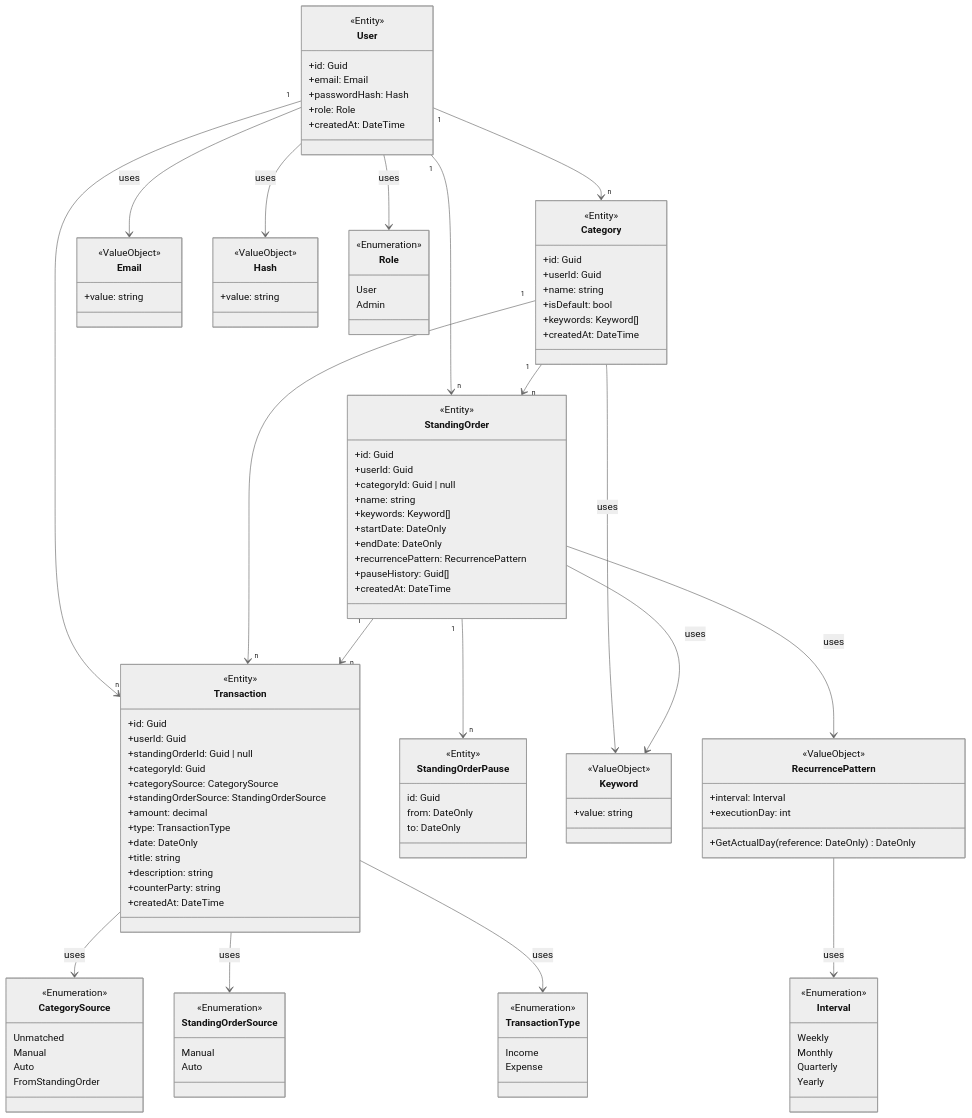
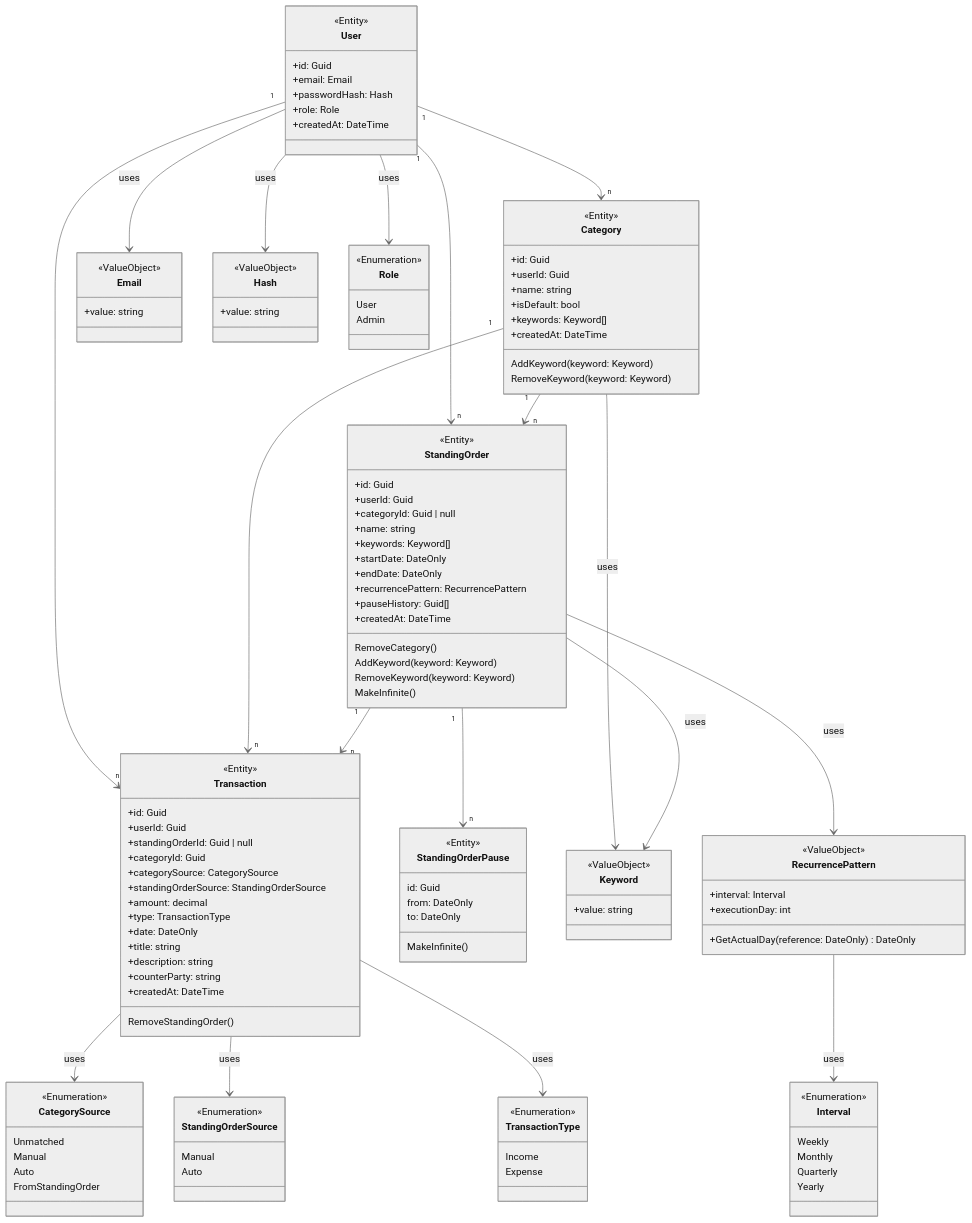
The diagram in docs/backend/Layers/Domain.md (MoritzLue24/Broke-Manager), drawn with Mermaid (neutral theme) before and after one commit. The commit also changed other lines of this file, not shown here.

Commit message:
Added specific methods
Updated Domain.md to include additional methods and clarify user identification and analytics.

```diff
--- a/docs/backend/Layers/Domain.md
+++ b/docs/backend/Layers/Domain.md
@@ -88,6 +88,8 @@
         +description: string
         +counterParty: string
         +createdAt: DateTime
+
+		RemoveStandingOrder()
     }
     
     class Category {
@@ -98,6 +100,9 @@
         +isDefault: bool
         +keywords: Keyword[]
         +createdAt: DateTime
+
+		AddKeyword(keyword: Keyword)
+		RemoveKeyword(keyword: Keyword)
     }
     
     class StandingOrder {
@@ -112,6 +117,11 @@
 	    +recurrencePattern: RecurrencePattern
 	    +pauseHistory: Guid[]
 	    +createdAt: DateTime
+
+		RemoveCategory()
+		AddKeyword(keyword: Keyword)
+		RemoveKeyword(keyword: Keyword)
+		MakeInfinite()
     }
     
     class StandingOrderPause {
@@ -119,6 +129,8 @@
 		id: Guid
 		from: DateOnly
 		to: DateOnly
+
+		MakeInfinite()
 	}
 
 
```
